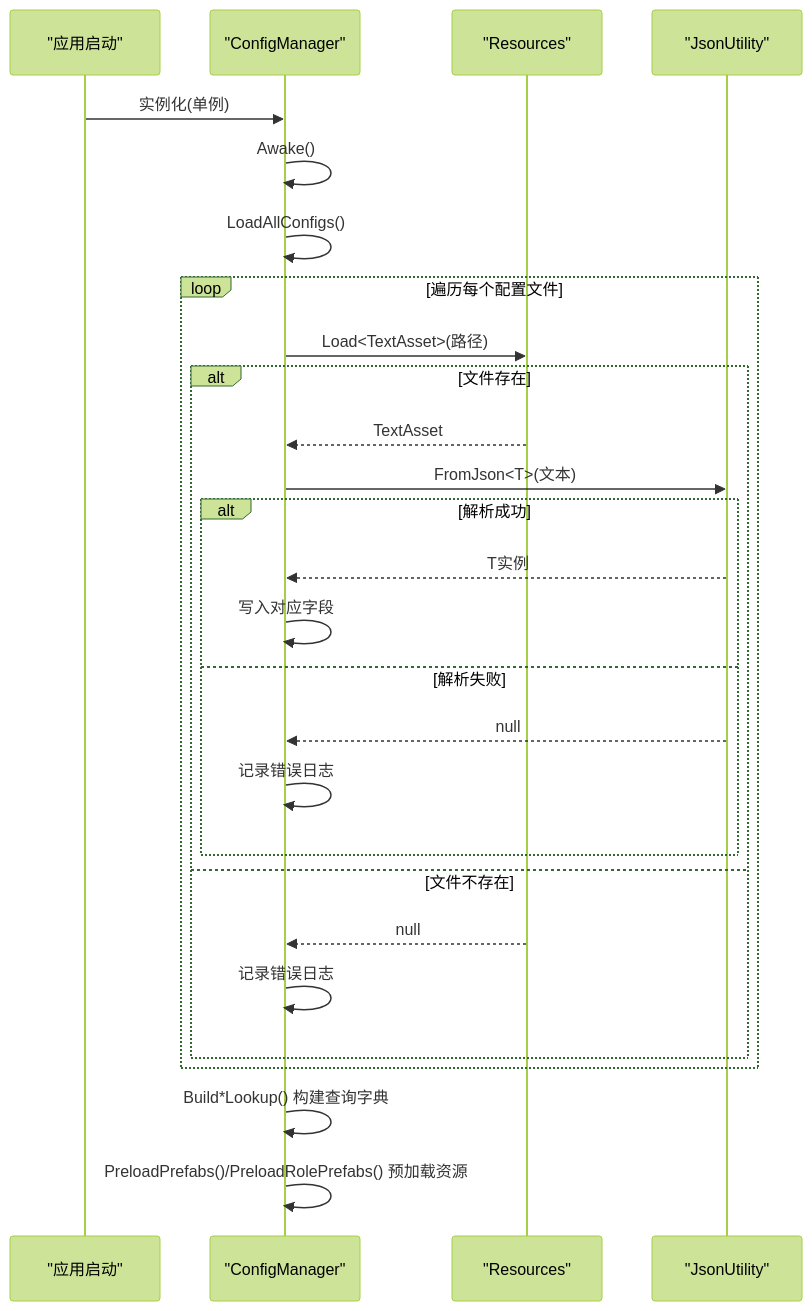
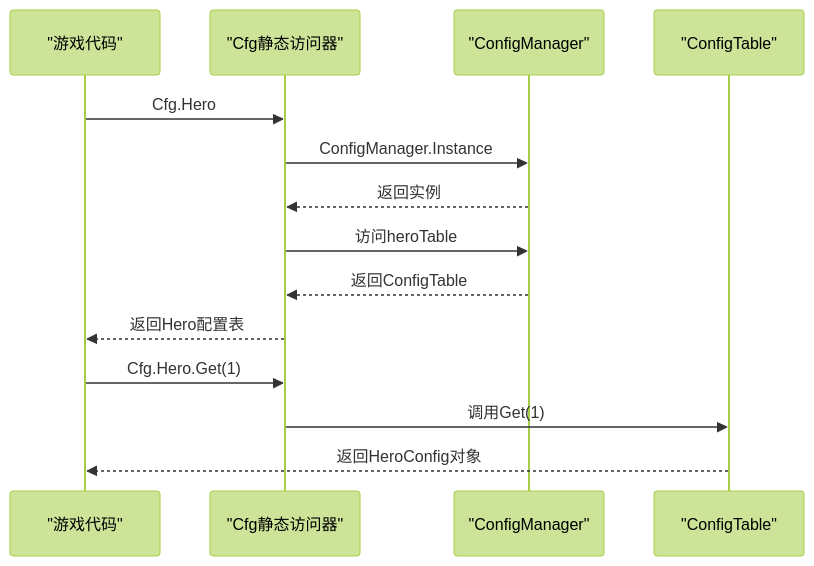
Before and after one commit to Tuusen/p1_client: the third of 7 diagrams in .qoder/repowiki/zh/content/配置管理系统/配置加载机制.md, drawn with Mermaid (forest theme). The commit also changed other lines of this file and 85 other files, not shown here.

````diff
--- a/.qoder/repowiki/zh/content/配置管理系统/配置加载机制.md
+++ b/.qoder/repowiki/zh/content/配置管理系统/配置加载机制.md
@@ -98,29 +173,16 @@
 ```mermaid
 sequenceDiagram
-participant App as "应用启动"
+participant Game as "游戏代码"
+participant Cfg as "Cfg静态访问器"
 participant CM as "ConfigManager"
-participant Res as "Resources"
-participant JSON as "JsonUtility"
-App->>CM : 实例化(单例)
-CM->>CM : Awake()
-CM->>CM : LoadAllConfigs()
-loop 遍历每个配置文件
-CM->>Res : Load<TextAsset>(路径)
-alt 文件存在
-Res-->>CM : TextAsset
-CM->>JSON : FromJson<T>(文本)
-alt 解析成功
-JSON-->>CM : T实例
-CM->>CM : 写入对应字段
-else 解析失败
-JSON-->>CM : null
-CM->>CM : 记录错误日志
-end
-else 文件不存在
-Res-->>CM : null
-CM->>CM : 记录错误日志
-end
-end
-CM->>CM : Build*Lookup() 构建查询字典
-CM->>CM : PreloadPrefabs()/PreloadRolePrefabs() 预加载资源
+participant Table as "ConfigTable"
+Game->>Cfg : Cfg.Hero
+Cfg->>CM : ConfigManager.Instance
+CM-->>Cfg : 返回实例
+Cfg->>CM : 访问heroTable
+CM-->>Cfg : 返回ConfigTable
+Cfg-->>Game : 返回Hero配置表
+Game->>Cfg : Cfg.Hero.Get(1)
+Cfg->>Table : 调用Get(1)
+Table-->>Game : 返回HeroConfig对象
 ```
````
